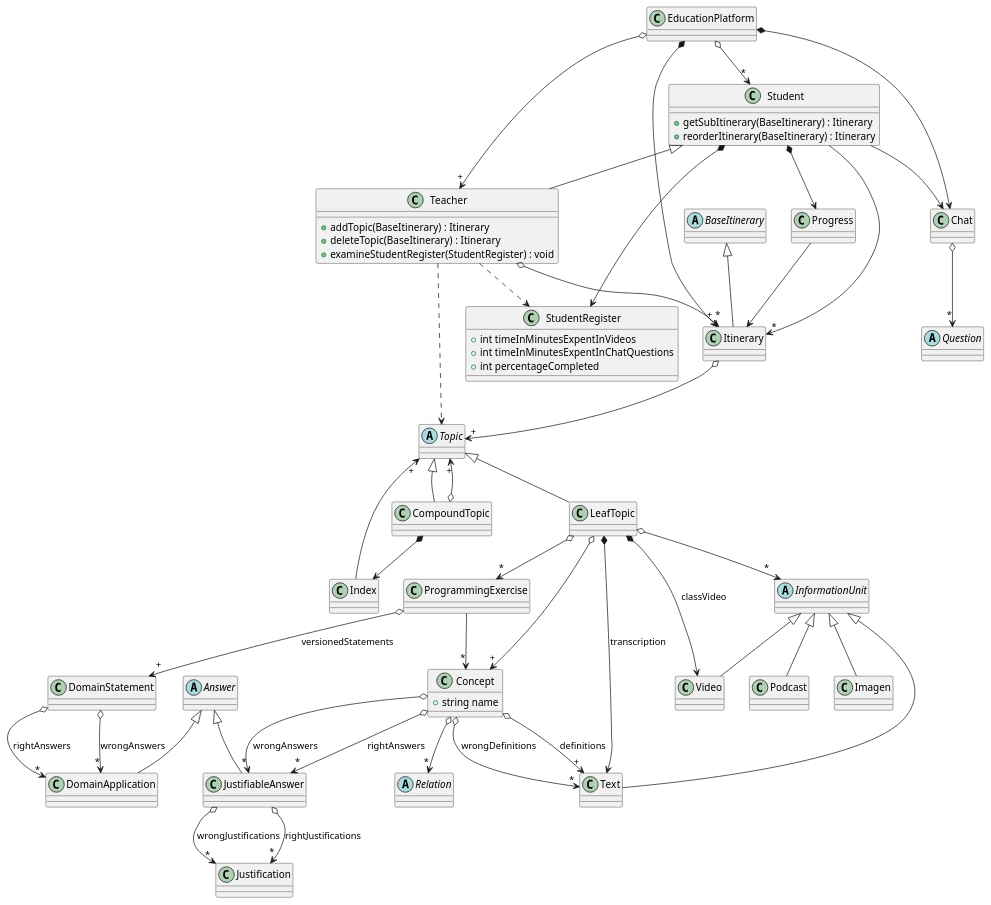
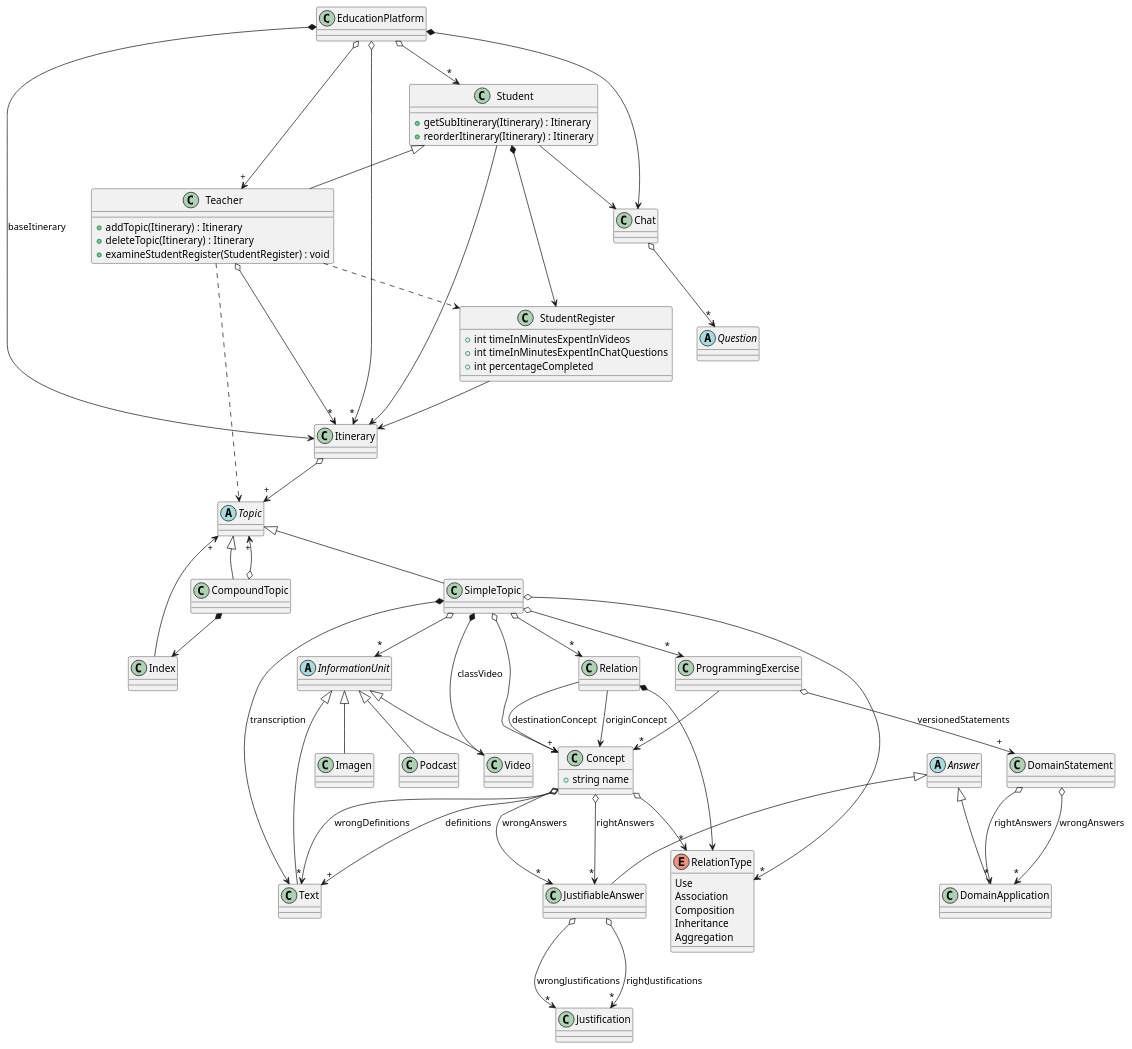
The diagram in docs/domain/eduation_platform.puml (gianluisdiana/EducationPlatform), drawn with PlantUML before and after one commit. The commit also changed 1 other file, not shown here.

```diff
--- a/docs/domain/eduation_platform.puml
+++ b/docs/domain/eduation_platform.puml
@@ -1,121 +1,121 @@
 @startuml education_platform
 
   class Student {
-    + getSubItinerary(BaseItinerary) : Itinerary
-    + reorderItinerary(BaseItinerary) : Itinerary
+    + getSubItinerary(Itinerary) : Itinerary
+    + reorderItinerary(Itinerary) : Itinerary
   }
-
-  abstract class BaseItinerary
 
   class Itinerary
 
-  BaseItinerary <|-down- Itinerary
-
-  Student --> "*" Itinerary
+  Student --> Itinerary
 
   class Teacher {
-    + addTopic(BaseItinerary) : Itinerary
-    + deleteTopic(BaseItinerary) : Itinerary
+    + addTopic(Itinerary) : Itinerary
+    + deleteTopic(Itinerary) : Itinerary
     + examineStudentRegister(StudentRegister) : void
   }
 
   Teacher o--> "*" Itinerary
 
   abstract class Topic
   class CompoundTopic
   class Index
 
   Student <|-down- Teacher
 
   abstract class InformationUnit
 
   InformationUnit <|-down- Text
   InformationUnit <|-down- Video
   InformationUnit <|-down- Podcast
   InformationUnit <|-down- Imagen
 
-  LeafTopic o--> "*" InformationUnit
-  LeafTopic *--> Video : classVideo
-  LeafTopic *--> Text : transcription
+  SimpleTopic o--> "*" InformationUnit
+  SimpleTopic *--> Video : classVideo
+  SimpleTopic *--> Text : transcription
 
   Teacher ..> Topic
 
   CompoundTopic o--> "+" Topic
   CompoundTopic *--> Index
 
   Topic <|-- CompoundTopic
-  Topic <|-- LeafTopic
+  Topic <|-- SimpleTopic
 
   Index --> "+" Topic
 
   Itinerary o--> "+" Topic
 
   EducationPlatform o--> "*" Student
   EducationPlatform o--> "+" Teacher
-  EducationPlatform *--> "+" Itinerary
+  EducationPlatform *--> Itinerary : baseItinerary
+  EducationPlatform o--> "*" Itinerary
 
   class Concept {
     + string name
   }
 
-  LeafTopic o--> "+" Concept
+  SimpleTopic o--> "+" Concept
 
   Concept o--> "+" Text : definitions
   Concept o--> "*" Text : wrongDefinitions
-  Concept o--> "*" Relation
+  Concept o--> "*" RelationType
 
-  abstract class Relation
-  ' Relation <|-- UseRelation
-  ' Relation <|-- AssociationRelation
-  ' Relation <|-- CompositionRelation
-  ' Relation <|-- InheritanceRelation
-  ' Relation <|-- AggregationRelation
+  Relation *--> RelationType
+  Relation --> Concept : originConcept
+  Relation --> Concept : destinationConcept
 
-  class Progress
-
-  Student *--> Progress
-  Progress --> Itinerary
+  SimpleTopic o--> "*" RelationType
+  enum RelationType {
+    Use
+    Association
+    Composition
+    Inheritance
+    Aggregation
+  }
 
   class Chat
 
   abstract class Question
 
   Chat o--> "*" Question
 
   EducationPlatform *--> Chat
 
   Student --> Chat
 
   Concept o--> "*" JustifiableAnswer : wrongAnswers
   Concept o--> "*" JustifiableAnswer : rightAnswers
 
   JustifiableAnswer o--> "*" Justification : wrongJustifications
   JustifiableAnswer o--> "*" Justification : rightJustifications
 
   class JustifiableAnswer
 
   class ProgrammingExercise
   class DomainApplication
 
   abstract class Answer
   Answer <|-- JustifiableAnswer
   Answer <|-- DomainApplication
 
   DomainStatement o--> "*" DomainApplication : rightAnswers
   DomainStatement o--> "*" DomainApplication : wrongAnswers
 
   class StudentRegister {
     + int timeInMinutesExpentInVideos
     + int timeInMinutesExpentInChatQuestions
     + int percentageCompleted
   }
 
-  LeafTopic o--> "*" ProgrammingExercise
+  SimpleTopic o--> "*" ProgrammingExercise
+  SimpleTopic o--> "*" Relation
 
   Student *--> StudentRegister
   Teacher ..> StudentRegister
+  StudentRegister --> Itinerary
 
   ProgrammingExercise o--> "+" DomainStatement : versionedStatements
   ProgrammingExercise --> "*" Concept
 
 @enduml
```
